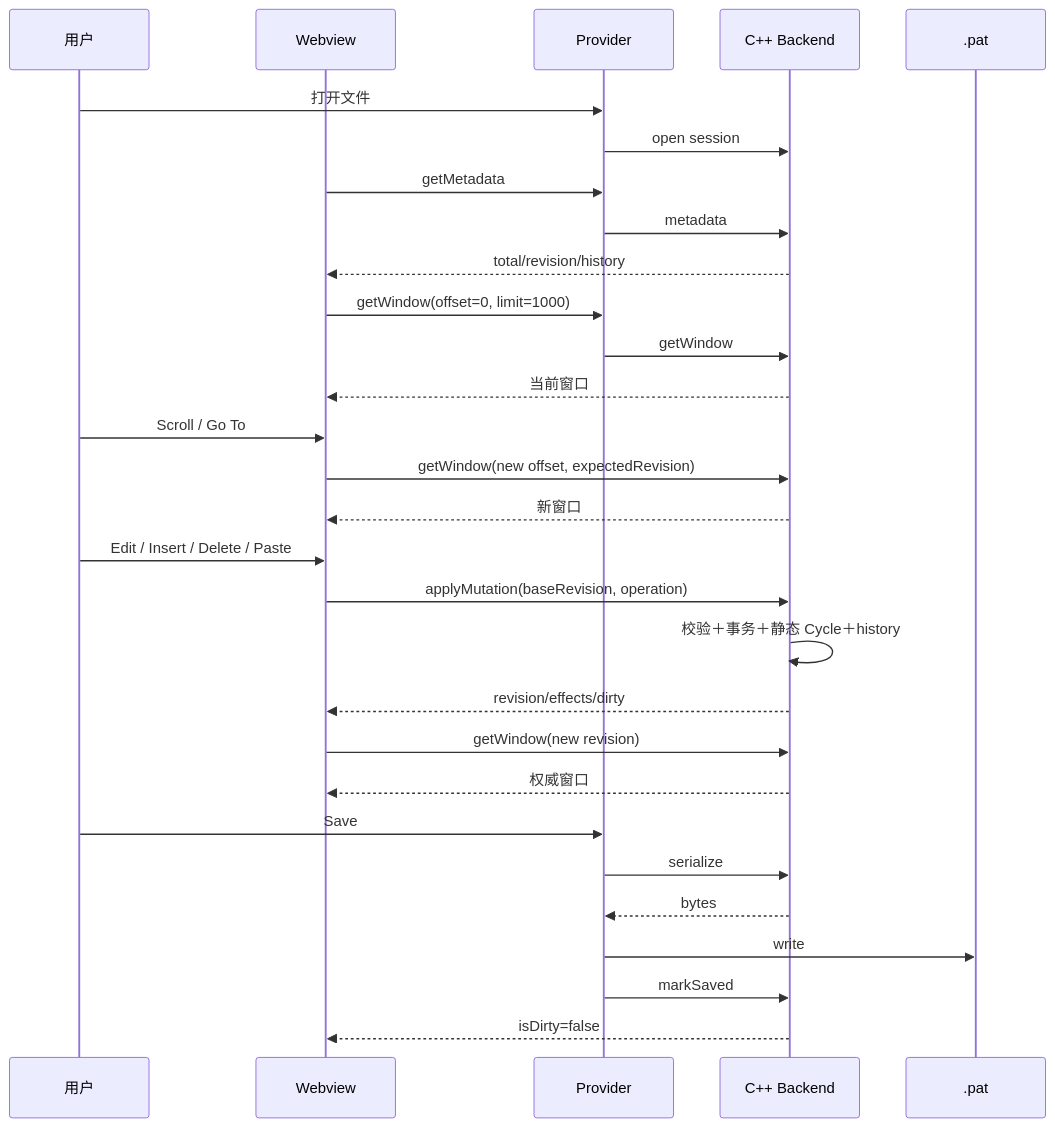
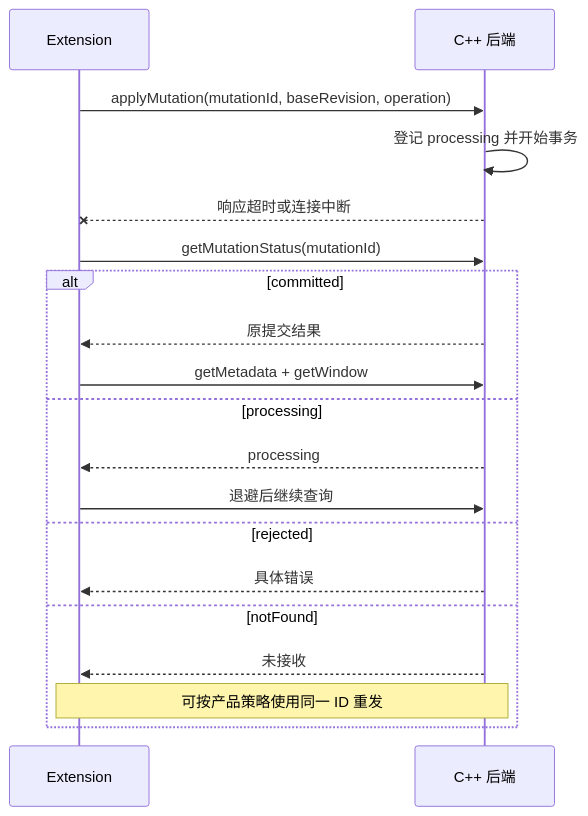
One commit to a306796405/huge-vtable changed the seventh of 9 diagrams in docs/v22-lite-markdown-technical-solution.md. Above: the diagram before and after it, drawn with Mermaid. The commit also changed other lines of this file and 8 other files, not shown here.

````diff
--- a/docs/v22-lite-markdown-technical-solution.md
+++ b/docs/v22-lite-markdown-technical-solution.md
@@ -985,32 +647,22 @@
 ```mermaid
 sequenceDiagram
-    participant U as 用户
-    participant W as Webview
-    participant P as Provider
-    participant B as C++ Backend
-    participant F as .pat
+    participant E as Extension
+    participant B as C++ 后端
 
-    U->>P: 打开文件
-    P->>B: open session
-    W->>P: getMetadata
-    P->>B: metadata
-    B-->>W: total/revision/history
-    W->>P: getWindow(offset=0, limit=1000)
-    P->>B: getWindow
-    B-->>W: 当前窗口
-    U->>W: Scroll / Go To
-    W->>B: getWindow(new offset, expectedRevision)
-    B-->>W: 新窗口
-    U->>W: Edit / Insert / Delete / Paste
-    W->>B: applyMutation(baseRevision, operation)
-    B->>B: 校验＋事务＋静态 Cycle＋history
-    B-->>W: revision/effects/dirty
-    W->>B: getWindow(new revision)
-    B-->>W: 权威窗口
-    U->>P: Save
-    P->>B: serialize
-    B-->>P: bytes
-    P->>F: write
-    P->>B: markSaved
-    B-->>W: isDirty=false
+    E->>B: applyMutation(mutationId, baseRevision, operation)
+    B->>B: 登记 processing 并开始事务
+    B--xE: 响应超时或连接中断
+    E->>B: getMutationStatus(mutationId)
+    alt committed
+        B-->>E: 原提交结果
+        E->>B: getMetadata + getWindow
+    else processing
+        B-->>E: processing
+        E->>B: 退避后继续查询
+    else rejected
+        B-->>E: 具体错误
+    else notFound
+        B-->>E: 未接收
+        Note over E,B: 可按产品策略使用同一 ID 重发
+    end
 ```
````
